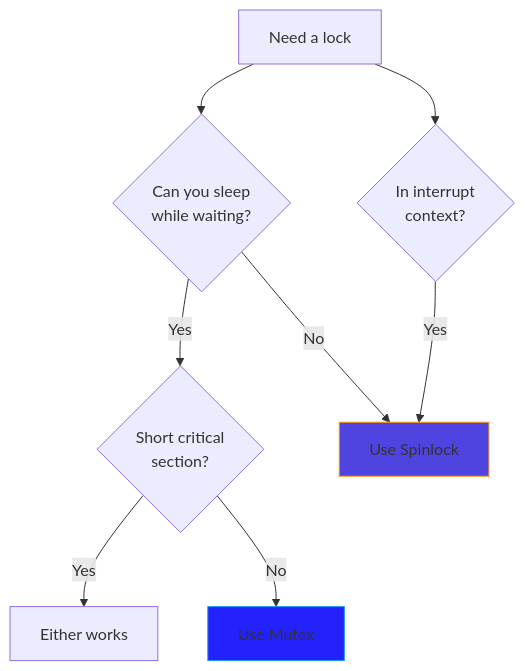
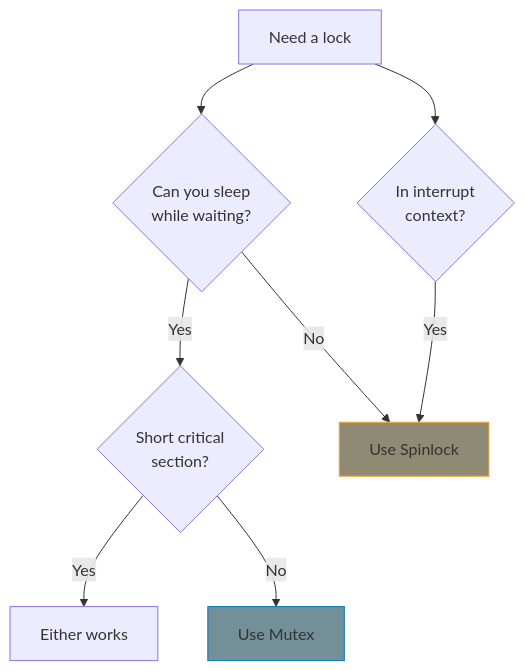
The diagram in part4/03-mutexes.md (MichaelTien8901/linux-driver-guide-tutorial), drawn with Mermaid before and after one commit. The commit also changed 36 other files, not shown here.

Commit message:
Fix mermaid diagram colors to use consistent paper-like theme

````diff
--- a/part4/03-mutexes.md
+++ b/part4/03-mutexes.md
@@ -40,18 +40,18 @@
 ```mermaid
 flowchart TD
     Need["Need a lock"]
     CanSleep{"Can you sleep<br/>while waiting?"}
     Short{"Short critical<br/>section?"}
     InIRQ{"In interrupt<br/>context?"}
 
     Need --> CanSleep
     CanSleep -->|No| Spin["Use Spinlock"]
     CanSleep -->|Yes| Short
     Short -->|Yes| Maybe["Either works"]
     Short -->|No| Mutex["Use Mutex"]
     Need --> InIRQ
     InIRQ -->|Yes| Spin
 
-    style Mutex fill:#2322fd,stroke:#2196f3
-    style Spin fill:#4f44e0,stroke:#ff9800
+    style Mutex fill:#738f99,stroke:#0277bd
+    style Spin fill:#8f8a73,stroke:#f9a825
 ```
````
